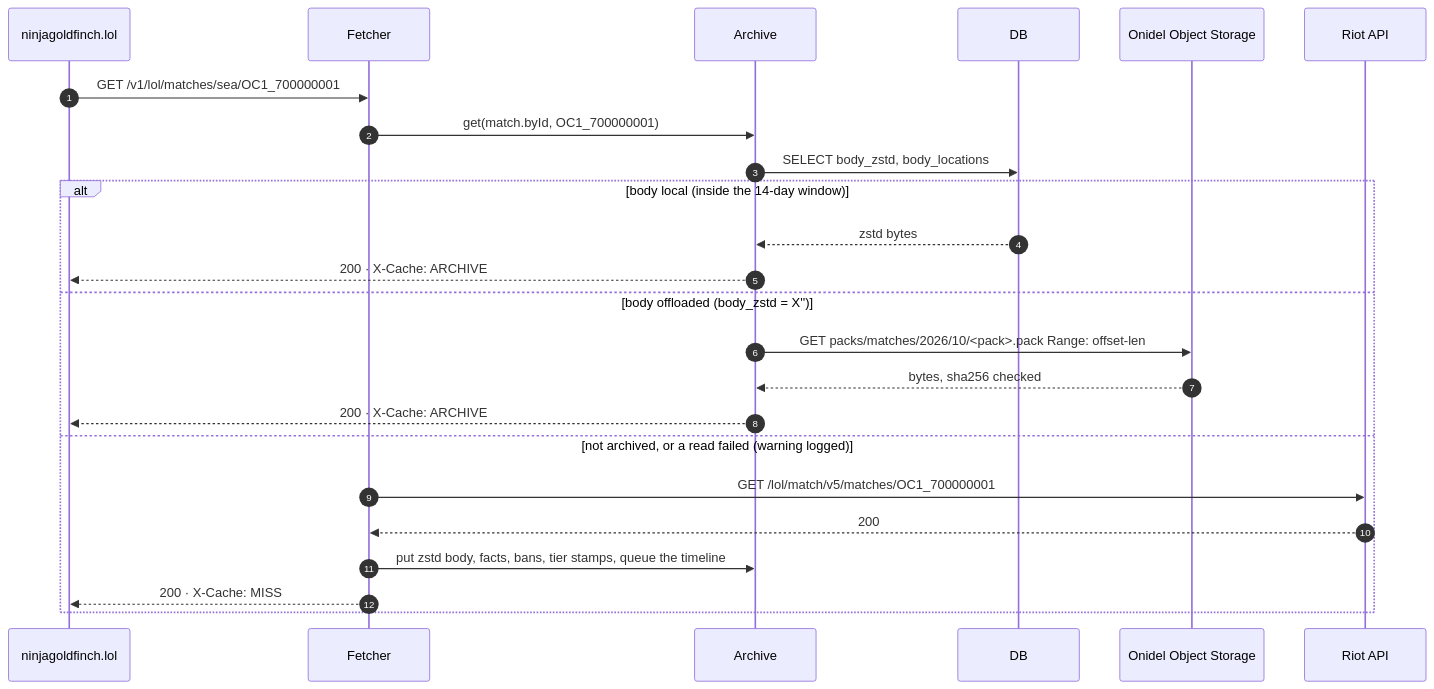
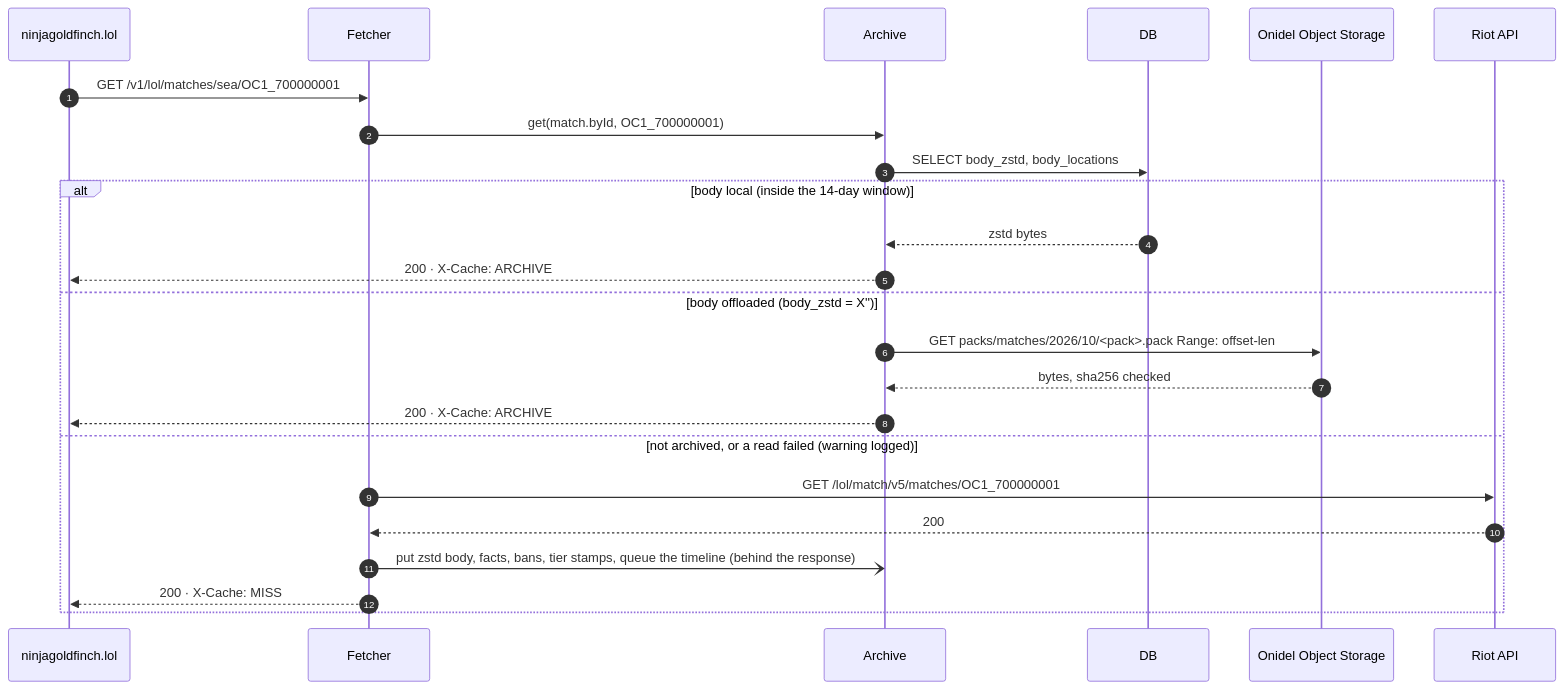
The second of 4 diagrams in docs/architecture/request-lifecycle.md (NinjaGoldfinch/riot-proxy), drawn with Mermaid before and after one commit. The commit also changed other lines of this file and 64 other files, not shown here.

First line of the commit message:
feat(fetcher): request-path writes run behind the response (AVL-02) (#266)

````diff
--- a/docs/architecture/request-lifecycle.md
+++ b/docs/architecture/request-lifecycle.md
@@ -52,26 +52,26 @@
 ```mermaid
 sequenceDiagram
     autonumber
     participant C as ninjagoldfinch.lol
     participant F as Fetcher
     participant AR as Archive
     participant DB as DB
     participant OS as Onidel Object Storage
     participant R as Riot API
     C->>F: GET /v1/lol/matches/sea/OC1_700000001
     F->>AR: get(match.byId, OC1_700000001)
     AR->>DB: SELECT body_zstd, body_locations
     alt body local (inside the 14-day window)
         DB-->>AR: zstd bytes
         AR-->>C: 200 · X-Cache: ARCHIVE
     else body offloaded (body_zstd = X'')
         AR->>OS: GET packs/matches/2026/10/<pack>.pack Range: offset-len
         OS-->>AR: bytes, sha256 checked
         AR-->>C: 200 · X-Cache: ARCHIVE
     else not archived, or a read failed (warning logged)
         F->>R: GET /lol/match/v5/matches/OC1_700000001
         R-->>F: 200
-        F->>AR: put zstd body, facts, bans, tier stamps, queue the timeline
+        F-)AR: put zstd body, facts, bans, tier stamps, queue the timeline (behind the response)
         F-->>C: 200 · X-Cache: MISS
     end
 ```
````
